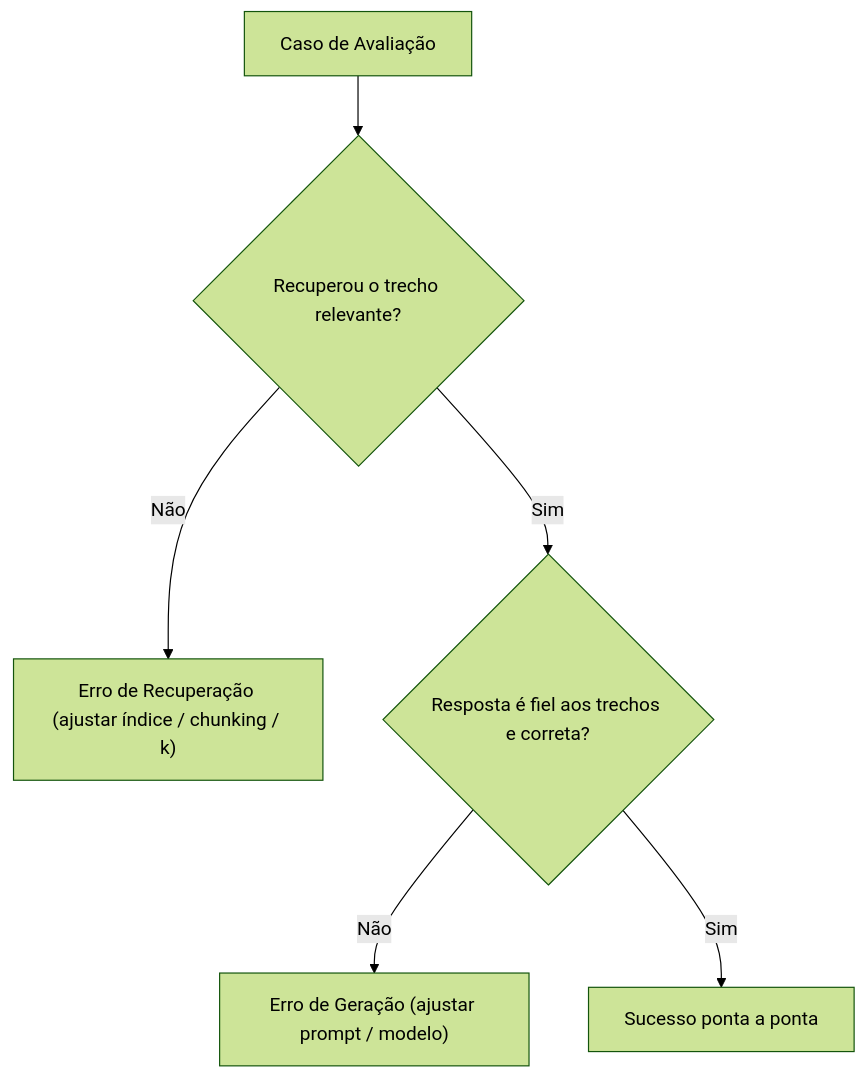
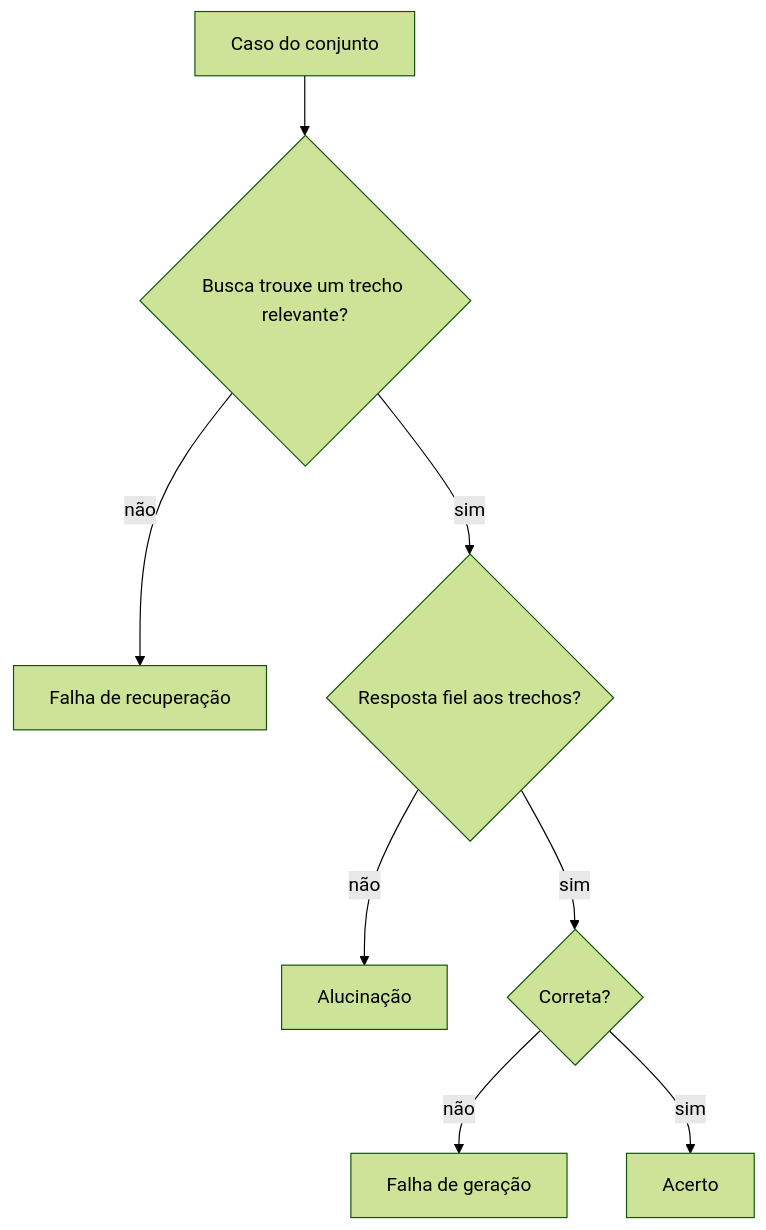
One commit to Lip3Bazinga/v0-level-usp-project changed the diagram in content/cursos/n7-engenharia-de-ia/04-rag/02-avaliacao-de-rag.lvl.md. Above: the diagram before and after it, drawn with Mermaid (forest theme). The commit also changed other lines of this file and 3 other files, not shown here.

````diff
--- a/content/cursos/n7-engenharia-de-ia/04-rag/02-avaliacao-de-rag.lvl.md
+++ b/content/cursos/n7-engenharia-de-ia/04-rag/02-avaliacao-de-rag.lvl.md
@@ -25,8 +25,10 @@
 ```mermaid
 flowchart TD
-    Q["Caso de Avaliação"] --> R{"Recuperou o trecho relevante?"}
-    R -- "Não" --> ER["Erro de Recuperação (ajustar índice / chunking / k)"]
-    R -- "Sim" --> F{"Resposta é fiel aos trechos e correta?"}
-    F -- "Não" --> EG["Erro de Geração (ajustar prompt / modelo)"]
-    F -- "Sim" --> OK["Sucesso ponta a ponta"]
+    Q["Caso do conjunto"] --> R{"Busca trouxe um trecho relevante?"}
+    R -- "não" --> ER["Falha de recuperação"]
+    R -- "sim" --> F{"Resposta fiel aos trechos?"}
+    F -- "não" --> AL["Alucinação"]
+    F -- "sim" --> C{"Correta?"}
+    C -- "não" --> EG["Falha de geração"]
+    C -- "sim" --> OK["Acerto"]
 ```
````
